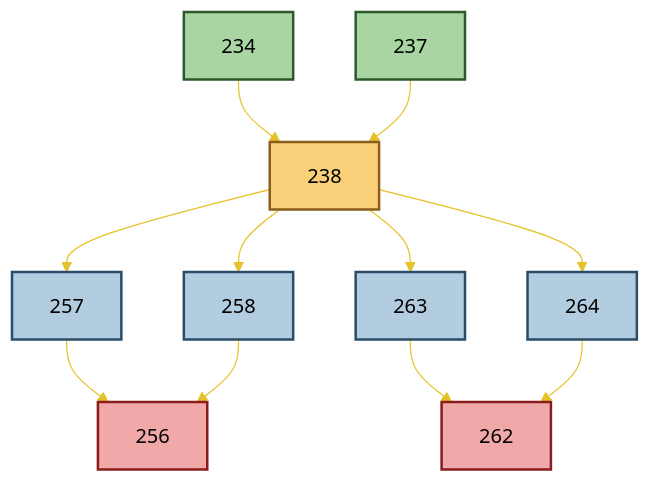
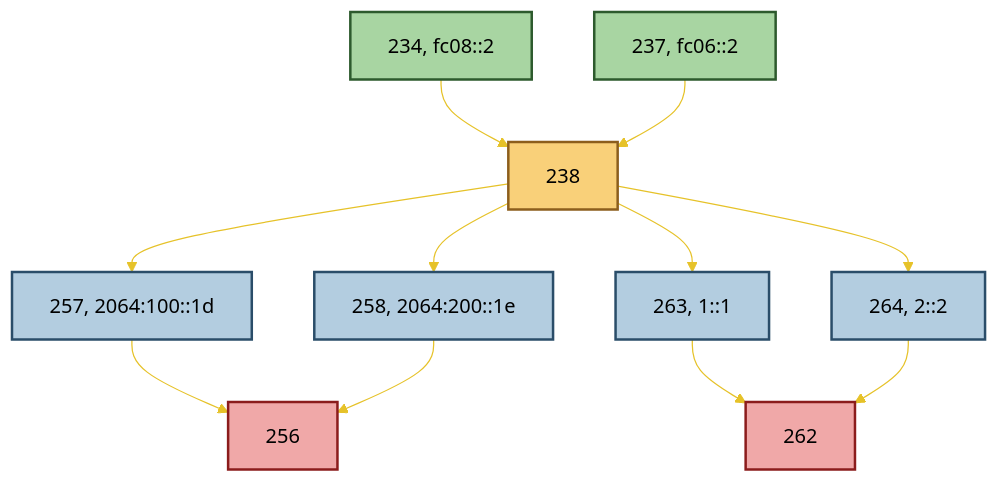
Before and after one commit to eddieruan-alibaba/SONiC: the first of 3 diagrams in doc/ribfib/ribfib_route_convergence.md, drawn with Mermaid. The commit also changed other lines of this file and 1 other file, not shown here.

````diff
--- a/doc/ribfib/ribfib_route_convergence.md
+++ b/doc/ribfib/ribfib_route_convergence.md
@@ -295,37 +431,37 @@
 ```mermaid
 %%{init: {'theme': 'base', 'themeVariables': {'background': '#ffffff', 'primaryTextColor': '#000000', 'secondaryTextColor': '#000000', 'tertiaryTextColor': '#000000', 'nodeTextColor': '#000000', 'lineColor': '#E6C229', 'edgeLabelBackground': '#ffffff', 'primaryBorderColor': '#cccccc'}}}%%
 graph TD
     %% ───────────── NODE DEFINITIONS ─────────────
-    N234["234"]
-    N237["237"]
+    N234["234, fc08::2"]
+    N237["237, fc06::2"]
     N238["238"]
-    N257["257"]
-    N258["258"]
-    N263["263"]
-    N264["264"]
+    N257["257, 2064:100::1d"]
+    N258["258, 2064:200::1e"]
+    N263["263, 1::1"]
+    N264["264, 2::2"]
     N256["256"]
     N262["262"]
 
     %% ───────────── DEPENDENCY EDGES ─────────────
     N234 --> N238
     N237 --> N238
     N238 --> N257
     N238 --> N258
     N238 --> N263
     N238 --> N264
     N257 --> N256
     N258 --> N256
     N263 --> N262
     N264 --> N262
 
     %% ───────────── STYLING ─────────────
     classDef base fill:#a8d5a2,stroke:#2d5a2d,stroke-width:2px;
     classDef core fill:#f9d079,stroke:#8c5e1c,stroke-width:2px;
     classDef inter fill:#b3cde0,stroke:#2a4d69,stroke-width:2px;
     classDef leaf fill:#f0a8a8,stroke:#8b1c1c,stroke-width:2px;
 
     class N234,N237 base;
     class N238 core;
     class N257,N258,N263,N264 inter;
     class N256,N262 leaf;
 ```
````
